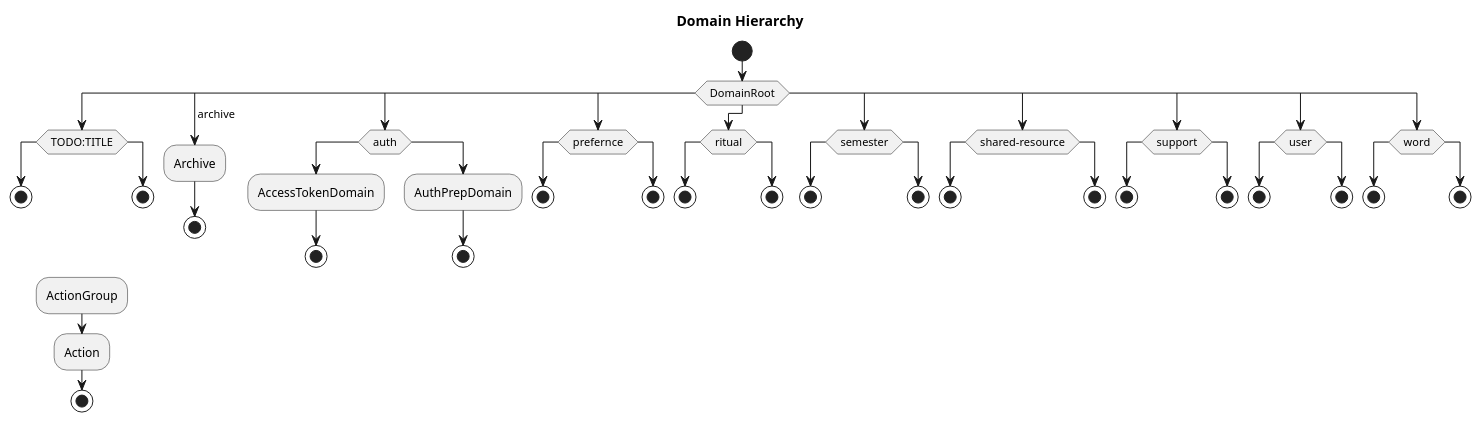
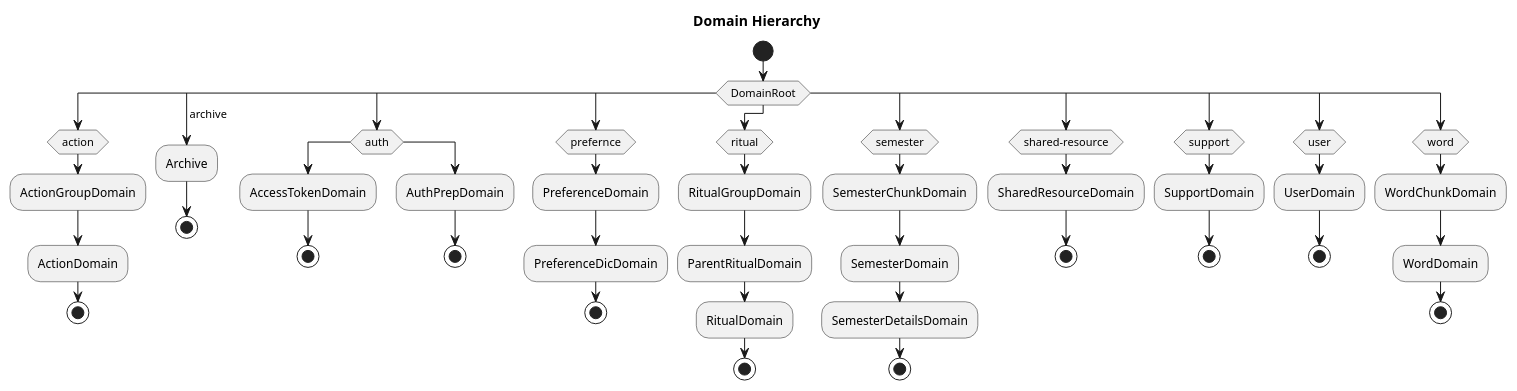
One commit to ajktown/docs changed the diagram in dev_api/domains/index.hierarchy.md. Above: the diagram before and after it, drawn with PlantUML. The commit also changed 1 other file, not shown here.

````diff
--- a/dev_api/domains/index.hierarchy.md
+++ b/dev_api/domains/index.hierarchy.md
@@ -17,83 +17,79 @@
 ```plantuml
 @startuml
 
 title Domain Hierarchy
 
 start
 switch ( DomainRoot )
 case ()
-  switch ( TODO:TITLE )
+  switch ( action )
   case ()
-    stop
-  case ()
+    :ActionGroupDomain;
+    :ActionDomain;
     stop
   endswitch
-  :ActionGroup;
-  :Action;
-  stop
 case ( archive )
   :Archive;
   stop
 case ()
   switch ( auth )
   case ()
     :AccessTokenDomain;
     stop
   case ()
     :AuthPrepDomain;
     stop
   endswitch
 case ()
   switch ( prefernce )
   case ()
-    stop
-  case ()
+    :PreferenceDomain;
+    :PreferenceDicDomain;
     stop
   endswitch
 case ()
   switch ( ritual )
   case ()
-    stop
-  case ()
+    :RitualGroupDomain;
+    :ParentRitualDomain;
+    :RitualDomain;
     stop
   endswitch
 case ()
   switch ( semester )
   case ()
-    stop
-  case ()
+    :SemesterChunkDomain;
+    :SemesterDomain;
+    :SemesterDetailsDomain;
     stop
   endswitch
 case ()
   switch ( shared-resource )
   case ()
-    stop
-  case ()
+    :SharedResourceDomain;
     stop
   endswitch
 case ()
   switch ( support )
   case ()
-    stop
-  case ()
+    :SupportDomain;
     stop
   endswitch
 case ()
   switch ( user )
   case ()
-    stop
-  case ()
+    :UserDomain;
     stop
   endswitch
 case ()
   switch ( word )
   case ()
-    stop
-  case ()
+    :WordChunkDomain;
+    :WordDomain;
     stop
   endswitch
 endswitch
 
 @enduml
 
 ```
````
